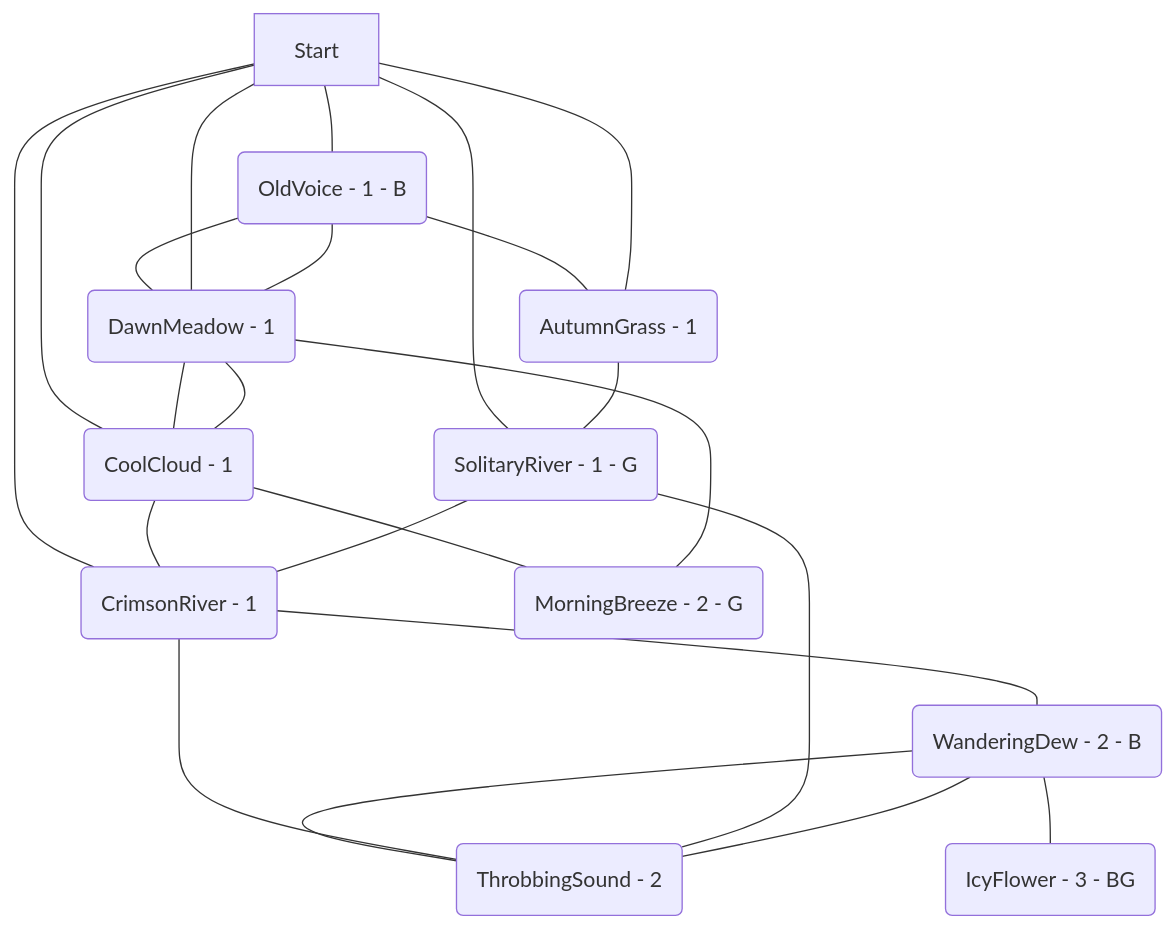
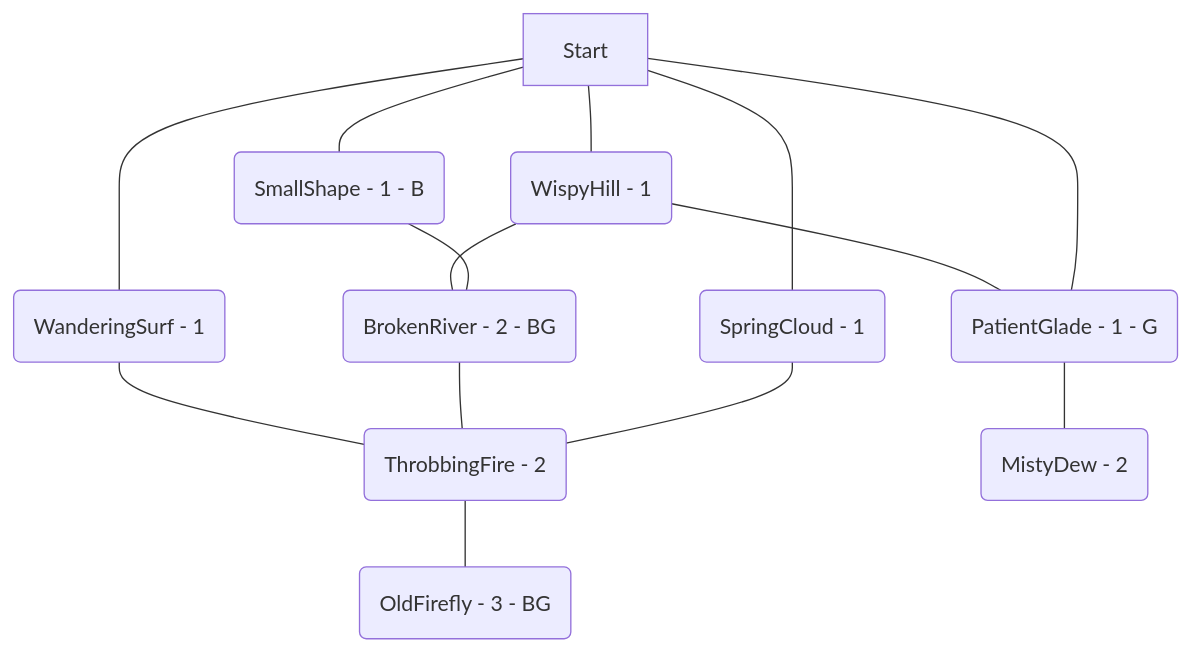
The diagram in examples/001.md (kinostl/Automatic-Liberation-Map), drawn with Mermaid before and after one commit. The commit also changed other lines of this file, not shown here.

````diff
--- a/examples/001.md
+++ b/examples/001.md
@@ -4,25 +4,16 @@
 ```mermaid  
 flowchart TD  
-	Start --- TqnhWYmI(CrimsonRiver - 1)  
-	kqtNXrCT(CoolCloud - 1) --- vwOugFHS(MorningBreeze - 2 - G)  
-	DTtvaOzA(OldVoice - 1 - B) --- fJjqAzdp(AutumnGrass - 1)  
-	Start --- DTtvaOzA(OldVoice - 1 - B)  
-	kqtNXrCT(CoolCloud - 1) --- TqnhWYmI(CrimsonRiver - 1)  
-	DTtvaOzA(OldVoice - 1 - B) --- NvXzbKtc(DawnMeadow - 1)  
-	mUyPwusl(WanderingDew - 2 - B) --- PlauQvUR(ThrobbingSound - 2)  
-	NvXzbKtc(DawnMeadow - 1) --- vwOugFHS(MorningBreeze - 2 - G)  
-	TqnhWYmI(CrimsonRiver - 1) --- mUyPwusl(WanderingDew - 2 - B)  
-	Start --- kqtNXrCT(CoolCloud - 1)  
-	NvXzbKtc(DawnMeadow - 1) --- DTtvaOzA(OldVoice - 1 - B)  
-	Start --- NvXzbKtc(DawnMeadow - 1)  
-	Start --- fJjqAzdp(AutumnGrass - 1)  
-	kqtNXrCT(CoolCloud - 1) --- NvXzbKtc(DawnMeadow - 1)  
-	TqnhWYmI(CrimsonRiver - 1) --- PlauQvUR(ThrobbingSound - 2)  
-	Start --- bxqgLoOE(SolitaryRiver - 1 - G)  
-	bxqgLoOE(SolitaryRiver - 1 - G) --- PlauQvUR(ThrobbingSound - 2)  
-	mUyPwusl(WanderingDew - 2 - B) --- bIiQeHlv(IcyFlower - 3 - BG)  
-	NvXzbKtc(DawnMeadow - 1) --- kqtNXrCT(CoolCloud - 1)  
-	PlauQvUR(ThrobbingSound - 2) --- mUyPwusl(WanderingDew - 2 - B)  
-	bxqgLoOE(SolitaryRiver - 1 - G) --- TqnhWYmI(CrimsonRiver - 1)  
-	fJjqAzdp(AutumnGrass - 1) --- bxqgLoOE(SolitaryRiver - 1 - G)  
+	EJMBDCRA(WanderingSurf - 1) --- flsOiBVv(ThrobbingFire - 2)  
+	flsOiBVv(ThrobbingFire - 2) --- GNjQwvUO(OldFirefly - 3 - BG)  
+	wzNFvdUk(WispyHill - 1) --- jVhMedJR(BrokenRiver - 2 - BG)  
+	wzNFvdUk(WispyHill - 1) --- arXliobL(PatientGlade - 1 - G)  
+	Start --- wzNFvdUk(WispyHill - 1)  
+	jVhMedJR(BrokenRiver - 2 - BG) --- flsOiBVv(ThrobbingFire - 2)  
+	Start --- arXliobL(PatientGlade - 1 - G)  
+	Start --- fgbCRtOm(SpringCloud - 1)  
+	fgbCRtOm(SpringCloud - 1) --- flsOiBVv(ThrobbingFire - 2)  
+	Start --- EJMBDCRA(WanderingSurf - 1)  
+	qxISPAuV(SmallShape - 1 - B) --- jVhMedJR(BrokenRiver - 2 - BG)  
+	arXliobL(PatientGlade - 1 - G) --- GgIAflum(MistyDew - 2)  
+	Start --- qxISPAuV(SmallShape - 1 - B)  
 ```  
````
